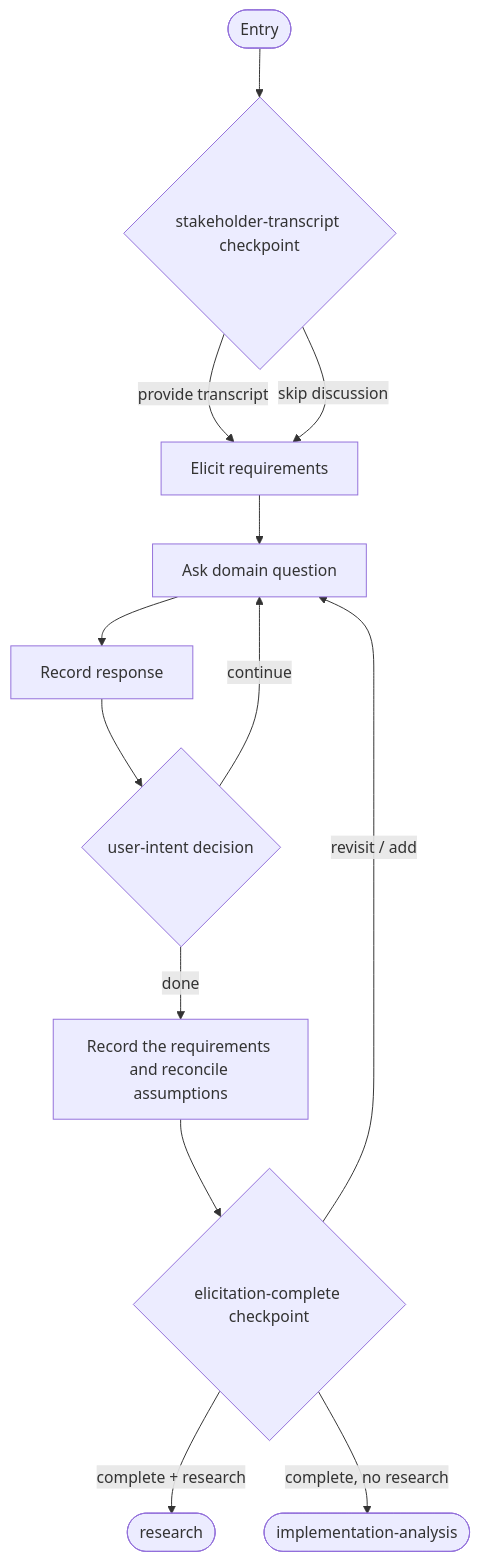
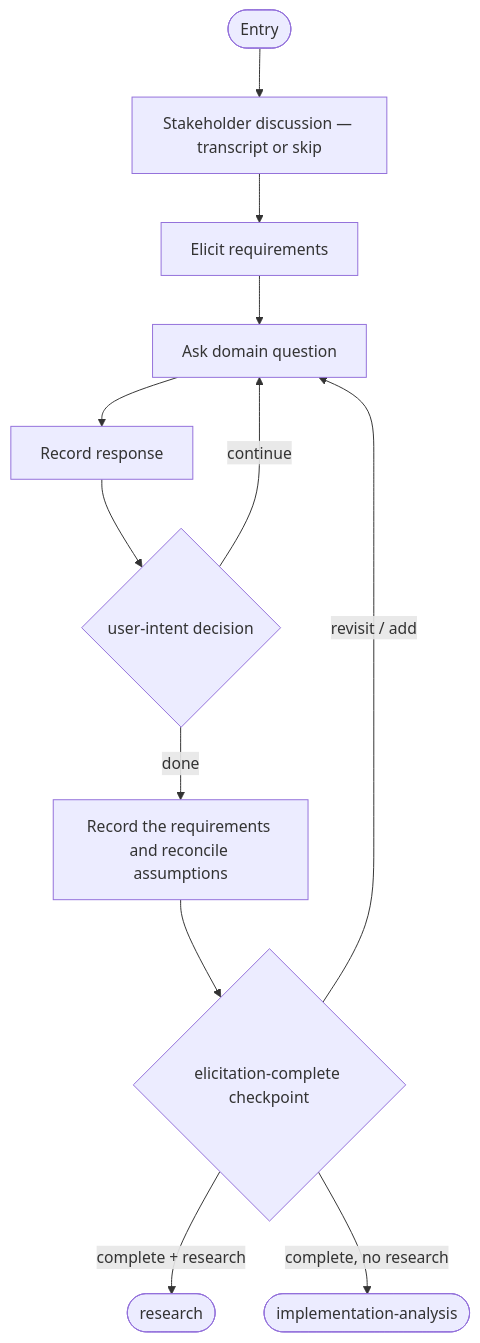
The fourth of 15 diagrams in work-package/activities/README.md (m2ux/workflow-server), drawn with Mermaid before and after one commit.

Commit message:
Draw the stakeholder step the activity actually runs
The requirements-elicitation diagram showed a stakeholder-transcript
checkpoint that no longer exists, with both of its branches drawn into
the same node — the picture already said the fork changed nothing, which
is why the gate went in !608 and the bound discussion operation kept the
question.

The diagram now shows that operation. No guard reads a mermaid node, so
nothing reported the checkpoint's name outliving it.

````diff
--- a/work-package/activities/README.md
+++ b/work-package/activities/README.md
@@ -111,17 +111,16 @@
 ```mermaid
 graph TD
-    entryNode(["Entry"]) --> cpStakeholder{"stakeholder-transcript checkpoint"}
-    cpStakeholder -->|"provide transcript"| elicit["Elicit requirements"]
-    cpStakeholder -->|"skip discussion"| elicit
+    entryNode(["Entry"]) --> discuss["Stakeholder discussion — transcript or skip"]
+    discuss --> elicit["Elicit requirements"]
 
     elicit --> askQuestion["Ask domain question"]
     askQuestion --> recordResponse["Record response"]
     recordResponse --> userIntent{"user-intent decision"}
     userIntent -->|"continue"| askQuestion
     userIntent -->|"done"| recordReqs["Record the requirements and reconcile assumptions"]
 
     recordReqs --> cpComplete{"elicitation-complete checkpoint"}
     cpComplete -->|"complete + research"| exitResearch(["research"])
     cpComplete -->|"complete, no research"| exitAnalysis(["implementation-analysis"])
     cpComplete -->|"revisit / add"| askQuestion
 ```
````
